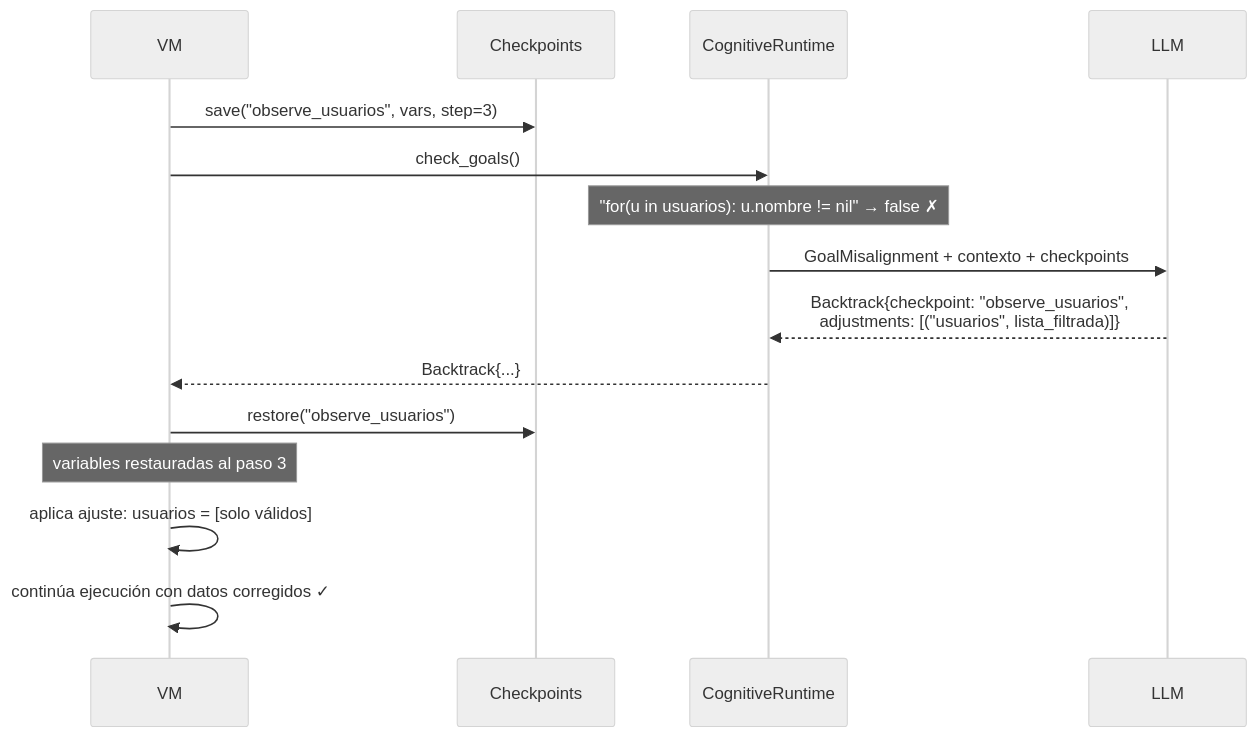
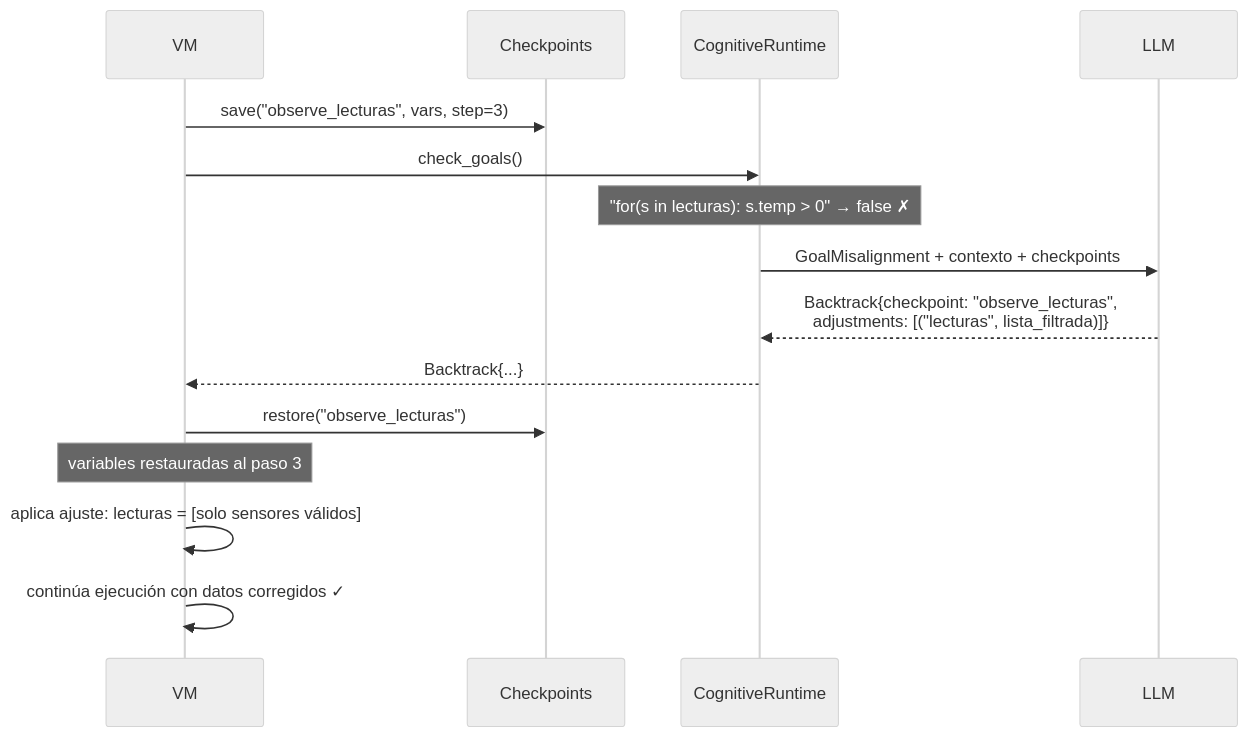
Before and after one commit to bluegin-ush/aura: diagram 13 of 14 in docs/academico/AURA-Reporte-Tecnico.md, drawn with Mermaid (neutral theme). The commit also changed other lines of this file, not shown here.

````diff
--- a/docs/academico/AURA-Reporte-Tecnico.md
+++ b/docs/academico/AURA-Reporte-Tecnico.md
@@ -680,20 +987,20 @@
 ```mermaid
 sequenceDiagram
     participant VM as VM
     participant CP as Checkpoints
     participant CR as CognitiveRuntime
     participant LLM as LLM
 
-    VM->>CP: save("observe_usuarios", vars, step=3)
+    VM->>CP: save("observe_lecturas", vars, step=3)
     VM->>CR: check_goals()
-    Note over CR: "for(u in usuarios): u.nombre != nil" → false ✗
+    Note over CR: "for(s in lecturas): s.temp > 0" → false ✗
 
     CR->>LLM: GoalMisalignment + contexto + checkpoints
-    LLM-->>CR: Backtrack{checkpoint: "observe_usuarios",<br/>adjustments: [("usuarios", lista_filtrada)]}
+    LLM-->>CR: Backtrack{checkpoint: "observe_lecturas",<br/>adjustments: [("lecturas", lista_filtrada)]}
 
     CR-->>VM: Backtrack{...}
-    VM->>CP: restore("observe_usuarios")
+    VM->>CP: restore("observe_lecturas")
     Note over VM: variables restauradas al paso 3
-    VM->>VM: aplica ajuste: usuarios = [solo válidos]
+    VM->>VM: aplica ajuste: lecturas = [solo sensores válidos]
     VM->>VM: continúa ejecución con datos corregidos ✓
 ```
````
